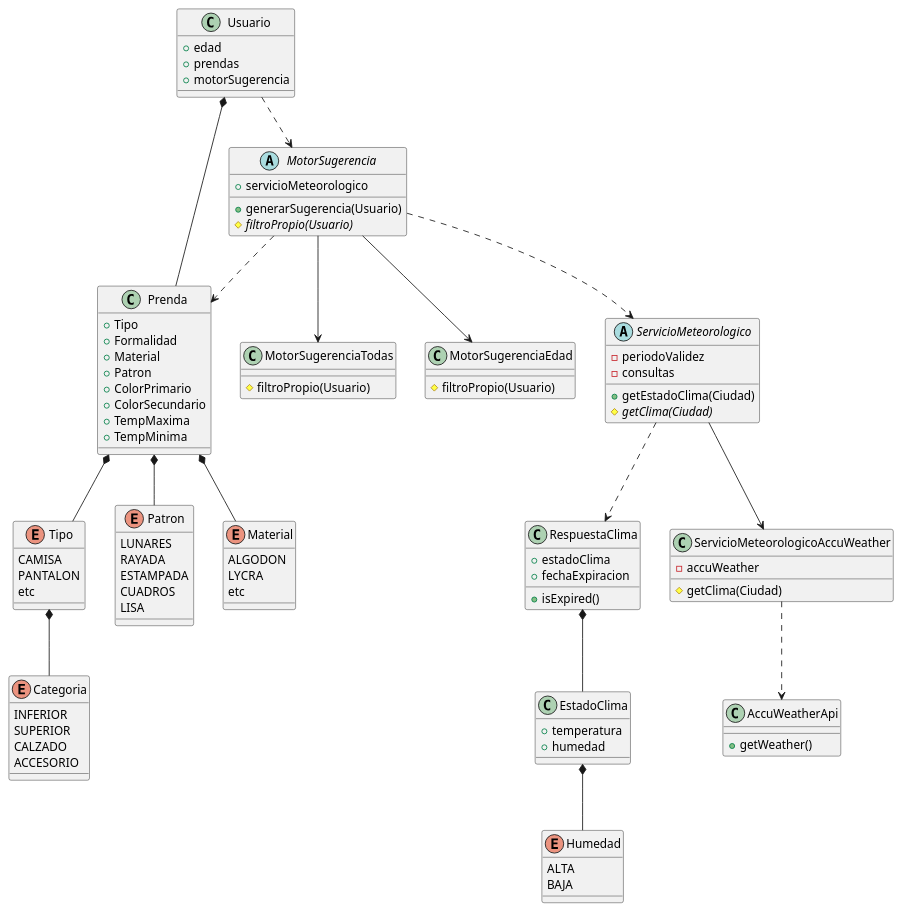
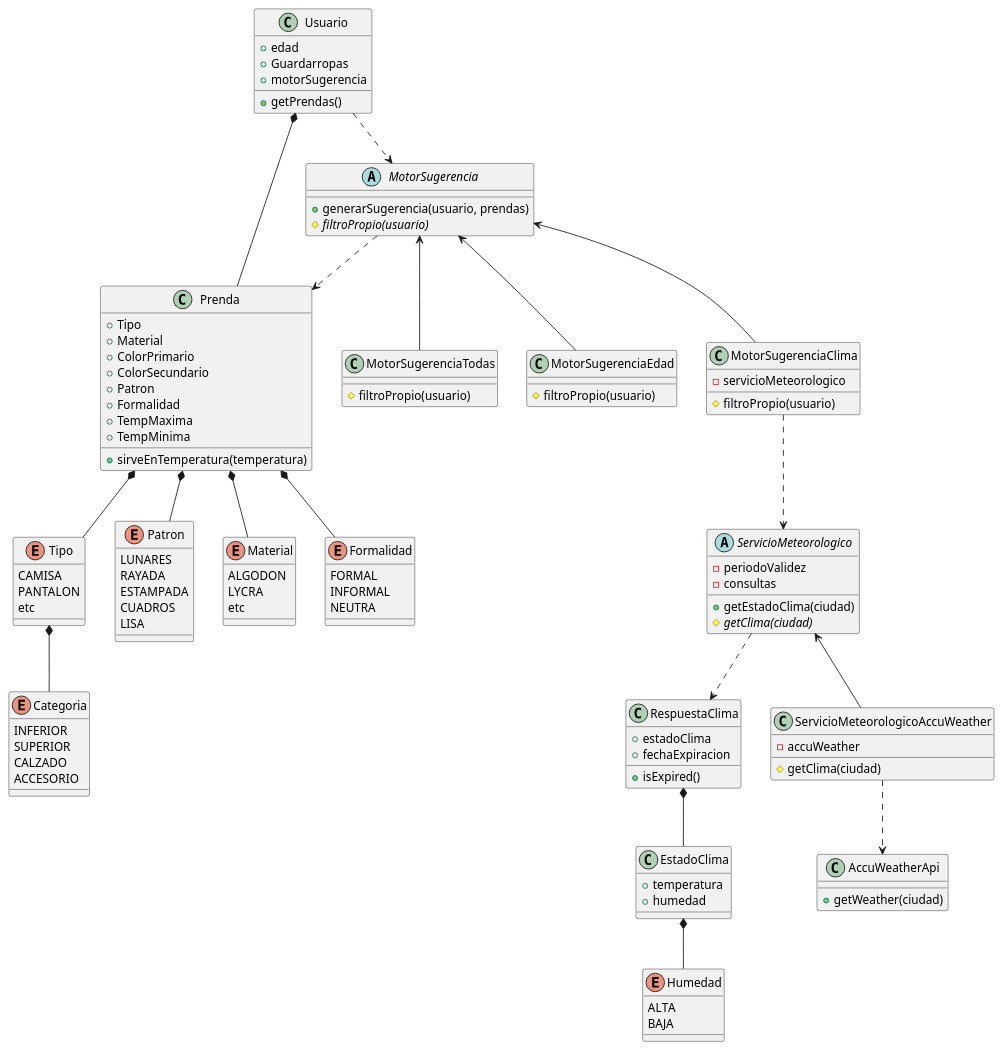
Before and after one commit to JuanManuelRama/QMP: the diagram in DiagramaClases.puml, drawn with PlantUML. The commit also changed 20 other files, not shown here.

```diff
--- a/DiagramaClases.puml
+++ b/DiagramaClases.puml
@@ -1,117 +1,133 @@
 @startuml Class
 top to bottom direction
 
 class Prenda {
     +Tipo
-    +Formalidad
     +Material
-    +Patron
     +ColorPrimario
     +ColorSecundario
+    +Patron
+    +Formalidad
     +TempMaxima
     +TempMinima
+
+    +sirveEnTemperatura(temperatura)
 }
 
 enum Categoria {
     INFERIOR
     SUPERIOR
     CALZADO
     ACCESORIO
 }
 
 enum Tipo{
     CAMISA
     PANTALON
     etc
 }
 
 enum Patron {
     LUNARES
     RAYADA
     ESTAMPADA
     CUADROS
     LISA
 }
 
 enum Material {
     ALGODON
     LYCRA
     etc
 }
 
 class Usuario {
     +edad
-    +prendas
+    +Guardarropas
     +motorSugerencia
+
+    +getPrendas()
+}
+
+enum Formalidad {
+    FORMAL
+    INFORMAL
+    NEUTRA
 }
 
 abstract class MotorSugerencia {
-    +servicioMeteorologico
 
-    +generarSugerencia(Usuario)
-    #filtroPropio(Usuario) {abstract}
+    +generarSugerencia(usuario, prendas)
+    #filtroPropio(usuario) {abstract}
 }
 
 class MotorSugerenciaTodas {
-    #filtroPropio(Usuario)
+    #filtroPropio(usuario)
 }
 
 class MotorSugerenciaEdad {
-    #filtroPropio(Usuario)
+    #filtroPropio(usuario)
 }
 
+class MotorSugerenciaClima {
+    -servicioMeteorologico
+
+    #filtroPropio(usuario)
+}
 abstract class ServicioMeteorologico {
    -periodoValidez
    -consultas
-   +getEstadoClima(Ciudad)
-   #getClima(Ciudad) {abstract}
+   +getEstadoClima(ciudad)
+   #getClima(ciudad) {abstract}
 
 
 }
 
 class EstadoClima {
     +temperatura
     +humedad
 }
 
 class RespuestaClima {
     +estadoClima
     +fechaExpiracion
 
     +isExpired()
 }
 
 class ServicioMeteorologicoAccuWeather{
     -accuWeather
-    #getClima(Ciudad)
+    #getClima(ciudad)
 }
 
 class AccuWeatherApi {
-    +getWeather()
+    +getWeather(ciudad)
 }
 
 
 
 enum Humedad {
     ALTA
     BAJA
 }
 
 
 
 Prenda *-- Patron
 Prenda *-- Tipo
 Prenda *-- Material
+Prenda *-- Formalidad
 Tipo *-- Categoria
 Usuario *-- Prenda
 Usuario ..> MotorSugerencia
-MotorSugerencia --> MotorSugerenciaEdad
-MotorSugerencia --> MotorSugerenciaTodas
-MotorSugerencia ..> ServicioMeteorologico
+MotorSugerencia <-- MotorSugerenciaEdad
+MotorSugerencia <-- MotorSugerenciaTodas
+MotorSugerencia <-- MotorSugerenciaClima
+MotorSugerenciaClima ..> ServicioMeteorologico
 MotorSugerencia ..> Prenda
-ServicioMeteorologico --> ServicioMeteorologicoAccuWeather
+ServicioMeteorologico <-- ServicioMeteorologicoAccuWeather
 ServicioMeteorologico ..> RespuestaClima
 RespuestaClima *--EstadoClima
 EstadoClima *-- Humedad
 ServicioMeteorologicoAccuWeather ..> AccuWeatherApi
 @enduml
```
